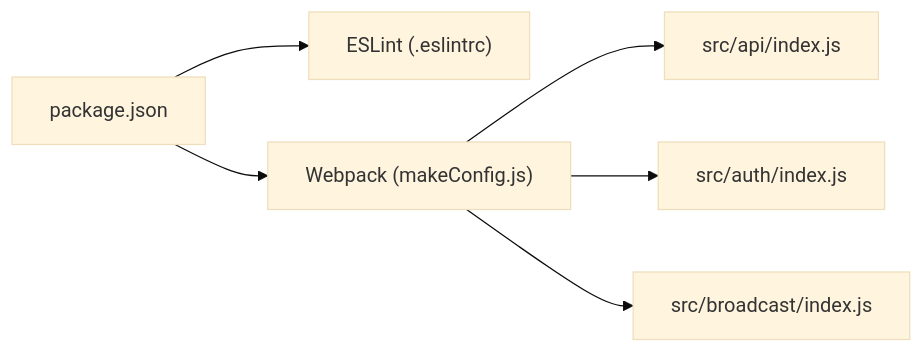
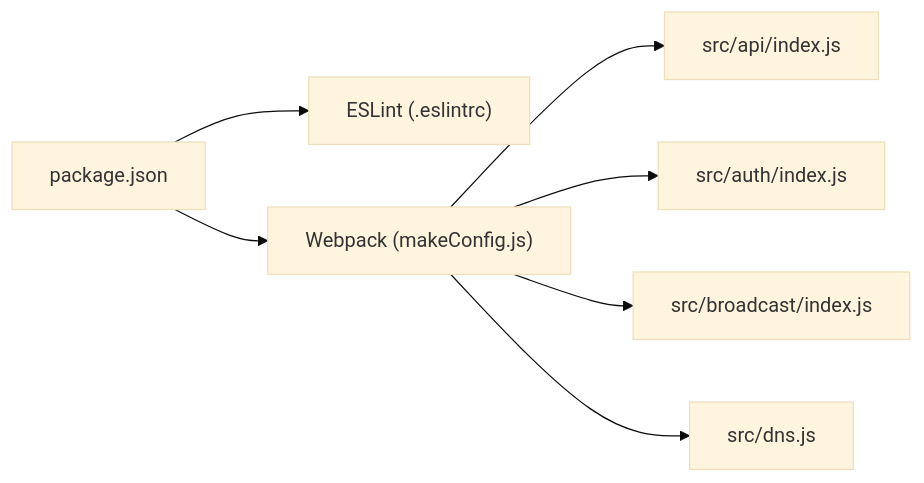
The eighth of 8 diagrams in .qoder/repowiki/en/content/Testing & Development.md (VIZ-Blockchain/viz-js-lib), drawn with Mermaid (base theme) before and after one commit. The commit also changed other lines of this file and 2 other files, not shown here.

First line of the commit message:
feat(dns): add comprehensive DNS nameserver module and tests

````diff
--- a/.qoder/repowiki/en/content/Testing & Development.md
+++ b/.qoder/repowiki/en/content/Testing & Development.md
@@ -329,14 +402,16 @@
 ```mermaid
 graph LR
 PKG["package.json"]
 ESL["ESLint (.eslintrc)"]
 WEB["Webpack (makeConfig.js)"]
 API["src/api/index.js"]
 AUTH["src/auth/index.js"]
 BROAD["src/broadcast/index.js"]
+DNS["src/dns.js"]
 PKG --> ESL
 PKG --> WEB
 WEB --> API
 WEB --> AUTH
 WEB --> BROAD
+WEB --> DNS
 ```
````
